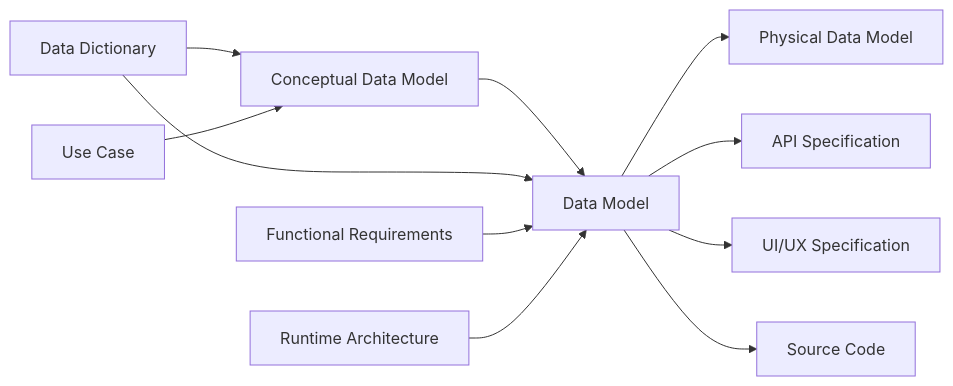
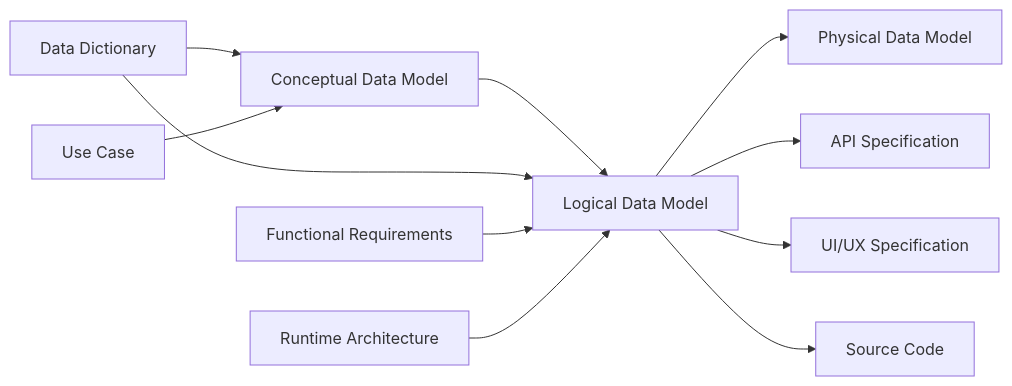
One commit to mahitotsu/ukiyoue changed the sixth of 15 diagrams in specs/artifact-relationships.md. Above: the diagram before and after it, drawn with Mermaid. The commit also changed other lines of this file, not shown here.

First line of the commit message:
fix: artifact-relationships.md の Data Model を Logical Data Model に統一

````diff
--- a/specs/artifact-relationships.md
+++ b/specs/artifact-relationships.md
@@ -375,15 +375,15 @@
 ```mermaid
 graph LR
     DataDict[Data Dictionary] --> ConceptModel[Conceptual Data Model]
     UseCase[Use Case] --> ConceptModel
 
-    ConceptModel --> DataModel[Data Model]
+    ConceptModel --> DataModel[Logical Data Model]
     DataDict --> DataModel
     FuncReq[Functional Requirements] --> DataModel
     RuntimeArch[Runtime Architecture] --> DataModel
 
     DataModel --> PhysicalData[Physical Data Model]
     DataModel --> API[API Specification]
     DataModel --> UIUX[UI/UX Specification]
     DataModel --> SrcCode[Source Code]
 ```
````
